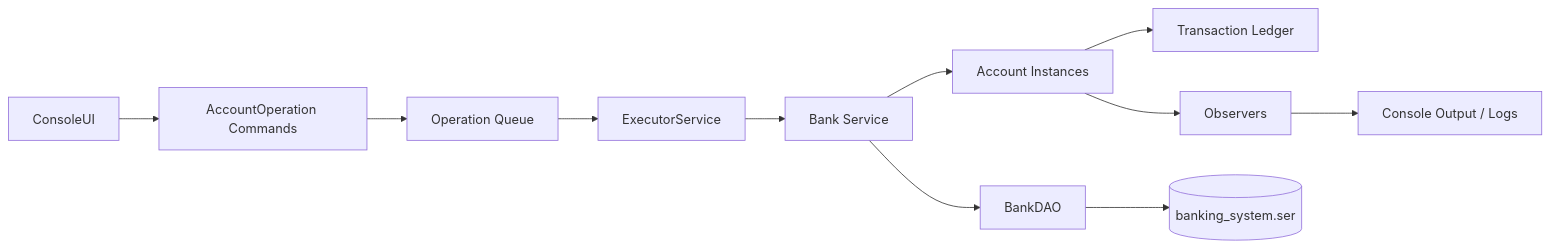
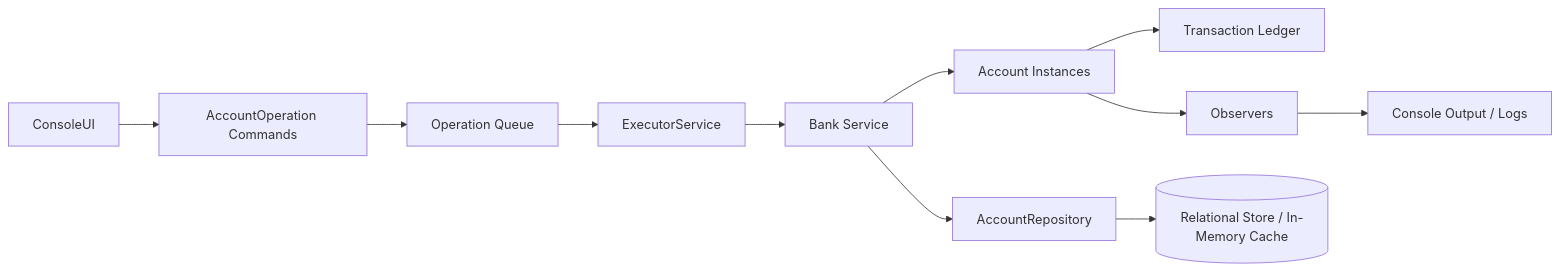
One commit to letsbegincode/Banking-System changed the second of 2 diagrams in docs/architecture-system-design.md. Above: the diagram before and after it, drawn with Mermaid. The commit also changed other lines of this file and 53 other files, not shown here.

````diff
--- a/docs/architecture-system-design.md
+++ b/docs/architecture-system-design.md
@@ -51,13 +57,13 @@
 ```mermaid
 flowchart LR
     UI[ConsoleUI] --> CMD[AccountOperation Commands]
     CMD --> QUEUE[Operation Queue]
     QUEUE --> EXEC[ExecutorService]
     EXEC --> BANK[Bank Service]
     BANK --> ACC[Account Instances]
     ACC --> TXN[Transaction Ledger]
-    BANK --> DAO[BankDAO]
-    DAO --> STORE[(banking_system.ser)]
+    BANK --> REPO[AccountRepository]
+    REPO --> STORE[(Relational Store / In-Memory Cache)]
     ACC --> OBS[Observers]
     OBS --> LOGS[Console Output / Logs]
 ```
````
